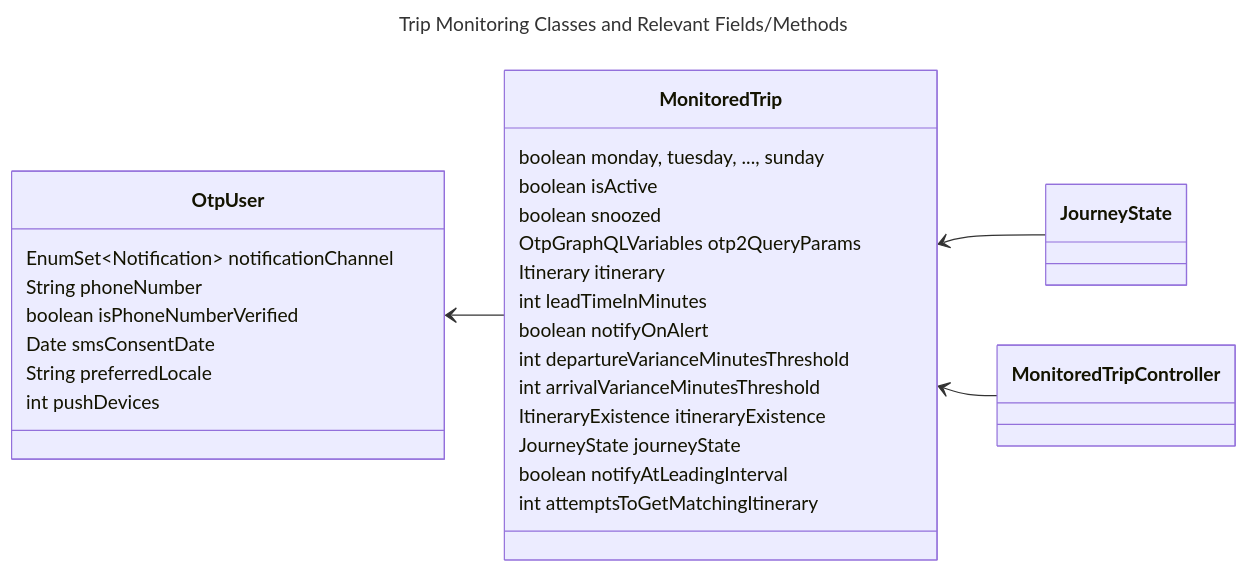
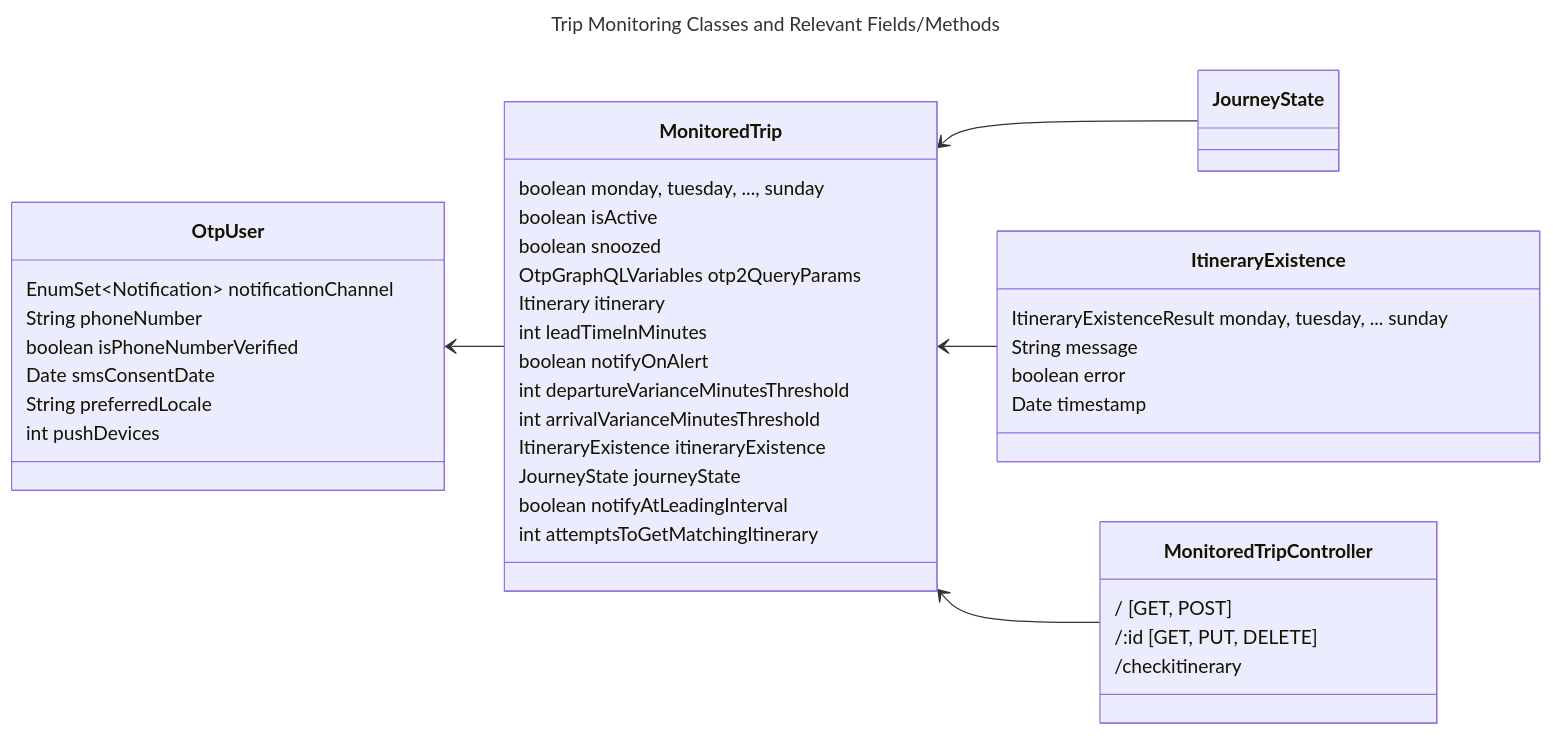
One commit to ibi-group/otp-middleware changed the first of 3 diagrams in docs/trip-monitoring.md. Above: the diagram before and after it, drawn with Mermaid. The commit also changed other lines of this file, not shown here.

Commit message:
docs(trip-monitoring): Improve itin checking section.

````diff
--- a/docs/trip-monitoring.md
+++ b/docs/trip-monitoring.md
@@ -16,34 +16,49 @@
 ```mermaid
 ---
 title: Trip Monitoring Classes and Relevant Fields/Methods
 ---
 classDiagram
     direction RL
     class OtpUser {
         EnumSet~Notification~ notificationChannel
         String phoneNumber
         boolean isPhoneNumberVerified
         Date smsConsentDate
         String preferredLocale
         int pushDevices
     }
     class MonitoredTrip {
         boolean monday, tuesday, ..., sunday
         boolean isActive
         boolean snoozed
         OtpGraphQLVariables otp2QueryParams
         Itinerary itinerary
         int leadTimeInMinutes
         boolean notifyOnAlert
         int departureVarianceMinutesThreshold
         int arrivalVarianceMinutesThreshold
         ItineraryExistence itineraryExistence
         JourneyState journeyState
         boolean notifyAtLeadingInterval
         int attemptsToGetMatchingItinerary
     }
+    class JourneyState {
+
+    }
+    class ItineraryExistence {
+        ItineraryExistenceResult monday, tuesday, ... sunday
+        String message
+        boolean error
+        Date timestamp
+    }
+    class MonitoredTripController {
+        / [GET, POST]
+        /:id [GET, PUT, DELETE]
+        /checkitinerary
+    }
     MonitoredTrip --> OtpUser
     JourneyState --> MonitoredTrip
+    ItineraryExistence --> MonitoredTrip
     MonitoredTripController --> MonitoredTrip
 
 ```
````
